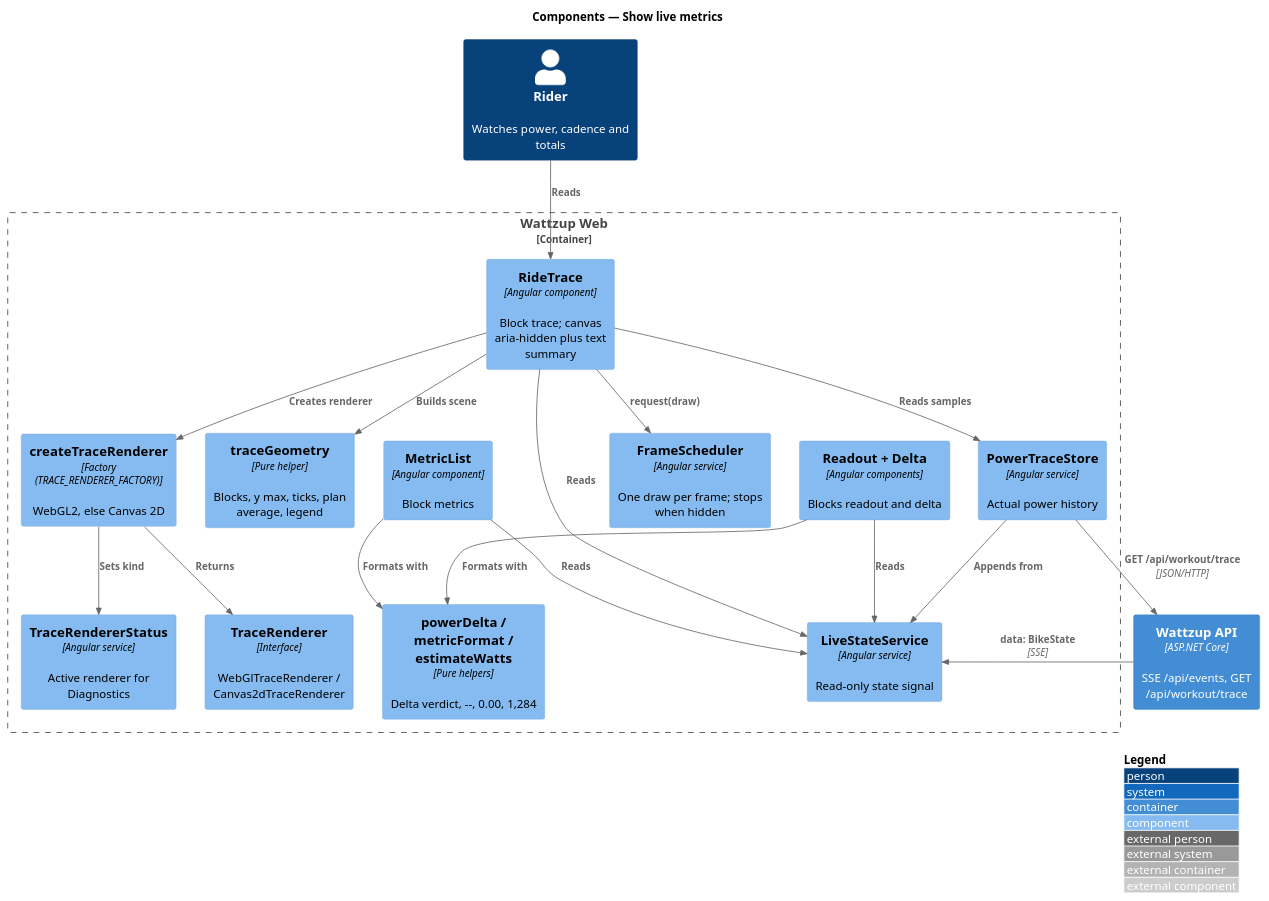
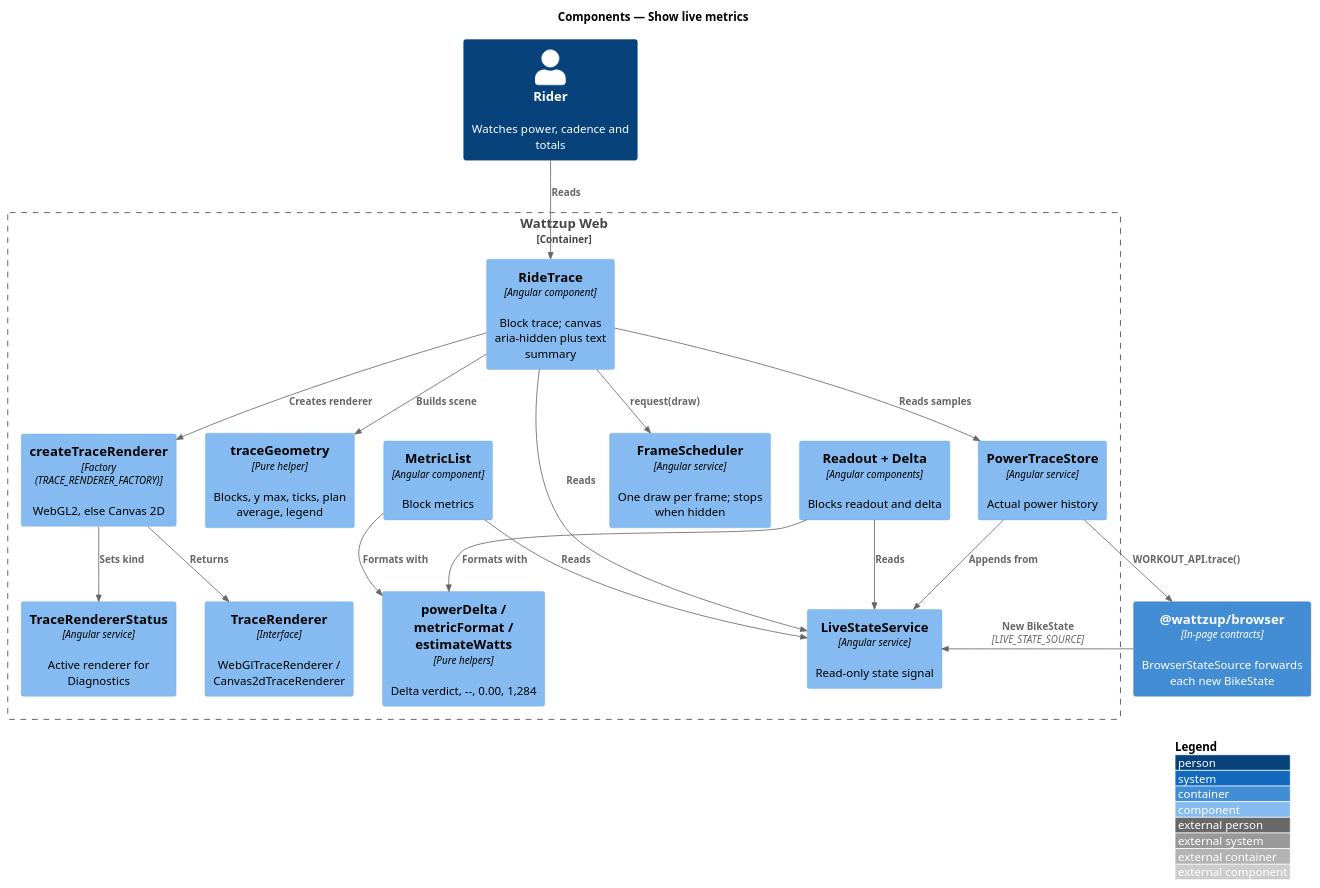
One commit to QuinntyneBrown/ride-one changed the diagram in docs/detailed-designs/dashboard/show-live-metrics/diagrams/c4-component.puml. Above: the diagram before and after it, drawn with PlantUML. The commit also changed 547 other files, not shown here.

```diff
--- a/docs/detailed-designs/dashboard/show-live-metrics/diagrams/c4-component.puml
+++ b/docs/detailed-designs/dashboard/show-live-metrics/diagrams/c4-component.puml
@@ -1,37 +1,37 @@
 @startuml
 !include <C4/C4_Component>
 LAYOUT_WITH_LEGEND()
 title Components — Show live metrics
 
 Person(rider, "Rider", "Watches power, cadence and totals")
 Container_Boundary(web, "Wattzup Web") {
   Component(live, "LiveStateService", "Angular service", "Read-only state signal")
   Component(readout, "Readout + Delta", "Angular components", "Blocks readout and delta")
   Component(strip, "MetricList", "Angular component", "Block metrics")
   Component(trace, "RideTrace", "Angular component", "Block trace; canvas aria-hidden plus text summary")
   Component(helpers, "powerDelta / metricFormat / estimateWatts", "Pure helpers", "Delta verdict, --, 0.00, 1,284")
   Component(geom, "traceGeometry", "Pure helper", "Blocks, y max, ticks, plan average, legend")
   Component(pts, "PowerTraceStore", "Angular service", "Actual power history")
   Component(factory, "createTraceRenderer", "Factory (TRACE_RENDERER_FACTORY)", "WebGL2, else Canvas 2D")
   Component(renderer, "TraceRenderer", "Interface", "WebGlTraceRenderer / Canvas2dTraceRenderer")
   Component(frames, "FrameScheduler", "Angular service", "One draw per frame; stops when hidden")
   Component(status, "TraceRendererStatus", "Angular service", "Active renderer for Diagnostics")
 }
-Container(api, "Wattzup API", "ASP.NET Core", "SSE /api/events, GET /api/workout/trace")
+Container(api, "@wattzup/browser", "In-page contracts", "BrowserStateSource forwards each new BikeState")
 
-Rel(api, live, "data: BikeState", "SSE")
-Rel(pts, api, "GET /api/workout/trace", "JSON/HTTP")
+Rel(api, live, "New BikeState", "LIVE_STATE_SOURCE")
+Rel(pts, api, "WORKOUT_API.trace()")
 Rel(readout, helpers, "Formats with")
 Rel(strip, helpers, "Formats with")
 Rel(readout, live, "Reads")
 Rel(strip, live, "Reads")
 Rel(trace, live, "Reads")
 Rel(pts, live, "Appends from")
 Rel(trace, geom, "Builds scene")
 Rel(trace, pts, "Reads samples")
 Rel(trace, factory, "Creates renderer")
 Rel(factory, renderer, "Returns")
 Rel(factory, status, "Sets kind")
 Rel(trace, frames, "request(draw)")
 Rel(rider, trace, "Reads")
 @enduml
```
